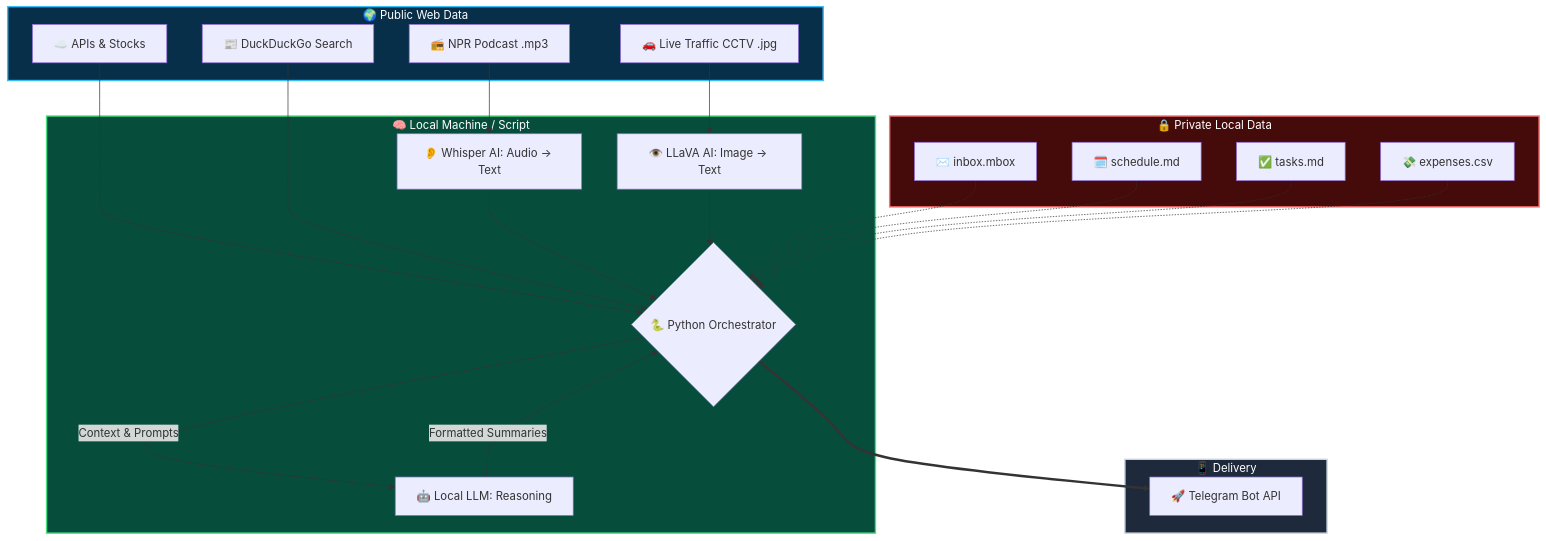
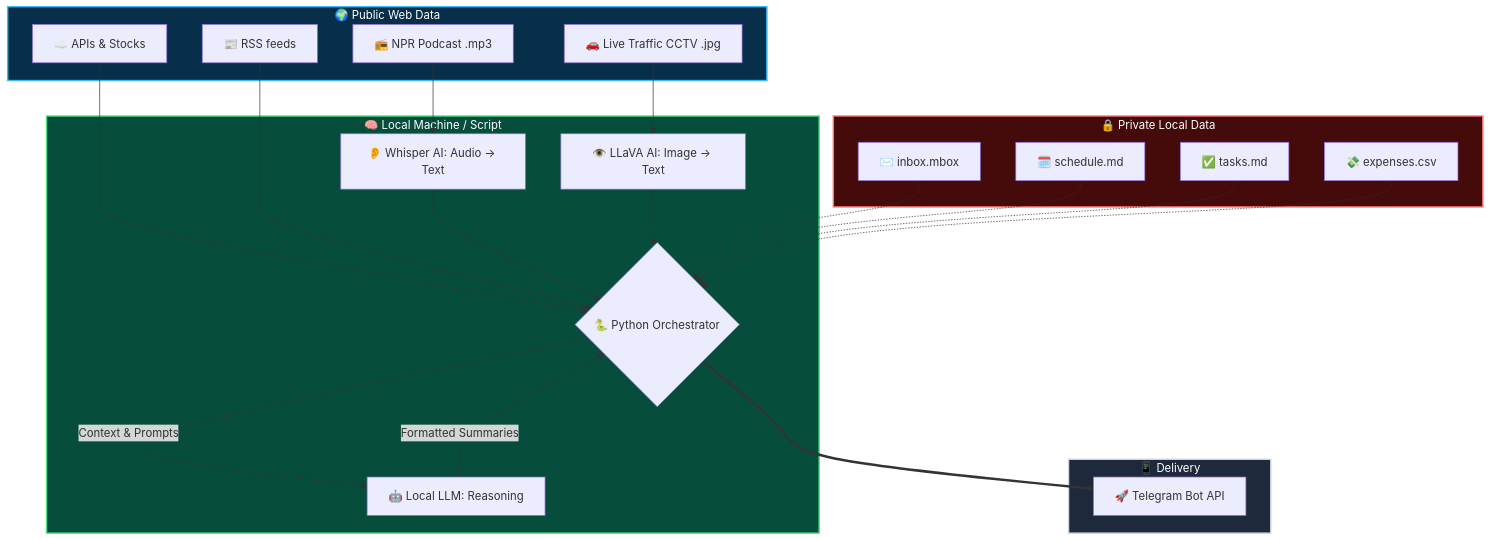
Before and after one commit to alanshlam/LLM: the diagram in AI_Agent/AI_Dashboard.md, drawn with Mermaid.

````diff
--- a/AI_Agent/AI_Dashboard.md
+++ b/AI_Agent/AI_Dashboard.md
@@ -41,43 +41,43 @@
 ```mermaid
 graph TD
     subgraph Public [🌍 Public Web Data]
         Weather[☁️ APIs & Stocks]
-        News[📰 DuckDuckGo Search]
+        News[📰 RSS feeds ]
         Podcast[📻 NPR Podcast .mp3]
         CCTV[🚗 Live Traffic CCTV .jpg]
     end
 
     subgraph Private[🔒 Private Local Data]
         Emails[✉️ inbox.mbox]
         Schedule[🗓️ schedule.md]
         Tasks[✅ tasks.md]
         Finance[💸 expenses.csv]
     end
 
     subgraph Local [🧠 Local Machine / Script]
         Python{🐍 Python Orchestrator}
         Whisper[👂 Whisper AI: Audio -> Text]
         Vision[👁️ LLaVA AI: Image -> Text]
         LLM[🤖 Local LLM: Reasoning]
     end
 
     subgraph Output [📱 Delivery]
         Telegram[🚀 Telegram Bot API]
     end
 
     Weather & News --> Python
     Podcast --> Whisper --> Python
     CCTV --> Vision --> Python
     
     Emails & Schedule & Tasks & Finance -.-> Python
     
     Python -- Context & Prompts --> LLM
     LLM -- Formatted Summaries --> Python
     Python ==> Telegram
     
     style Private fill:#450a0a,stroke:#f87171,stroke-width:2px,color:#fff
     style Public fill:#082f49,stroke:#38bdf8,stroke-width:2px,color:#fff
     style Local fill:#064e3b,stroke:#4ade80,stroke-width:2px,color:#fff
     style Output fill:#1e293b,stroke:#cbd5e1,stroke-width:2px,color:#fff
 
 ```
````
